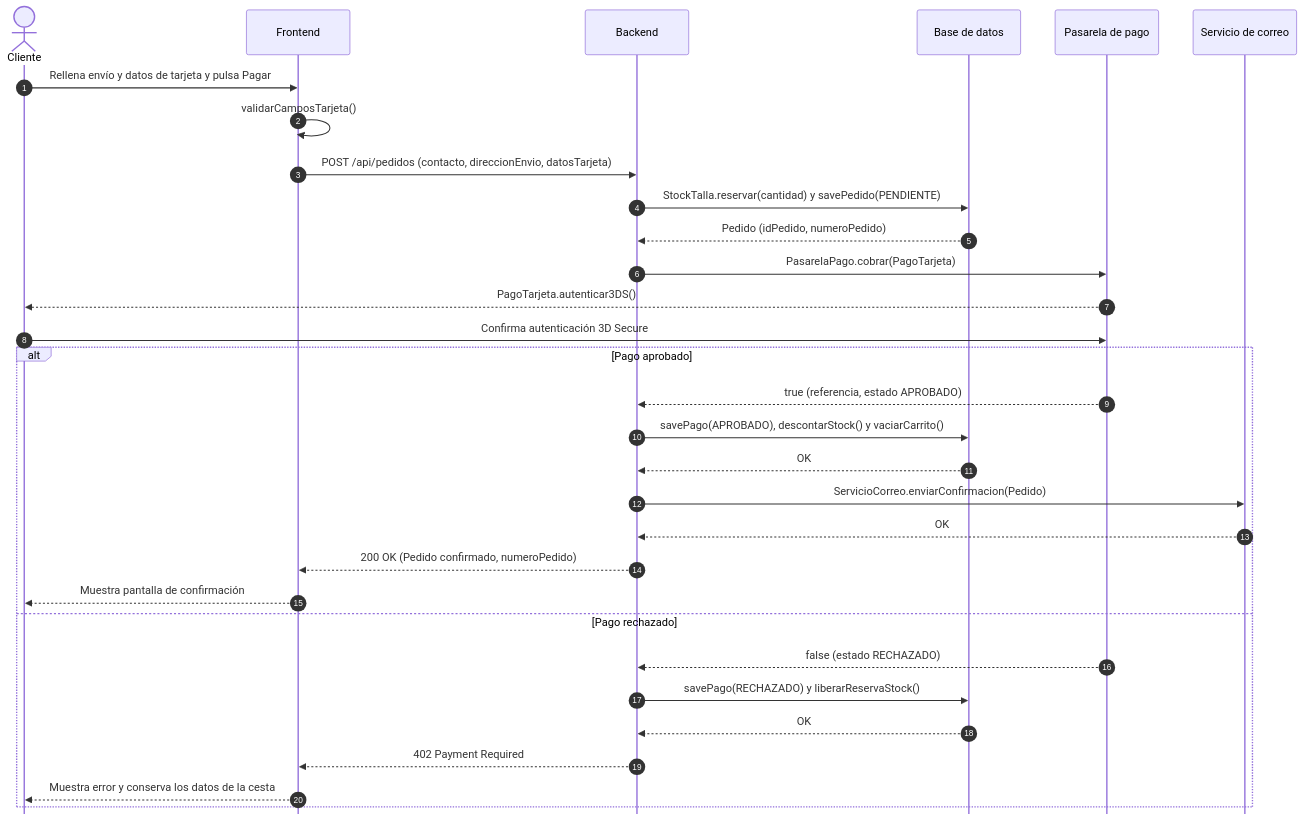
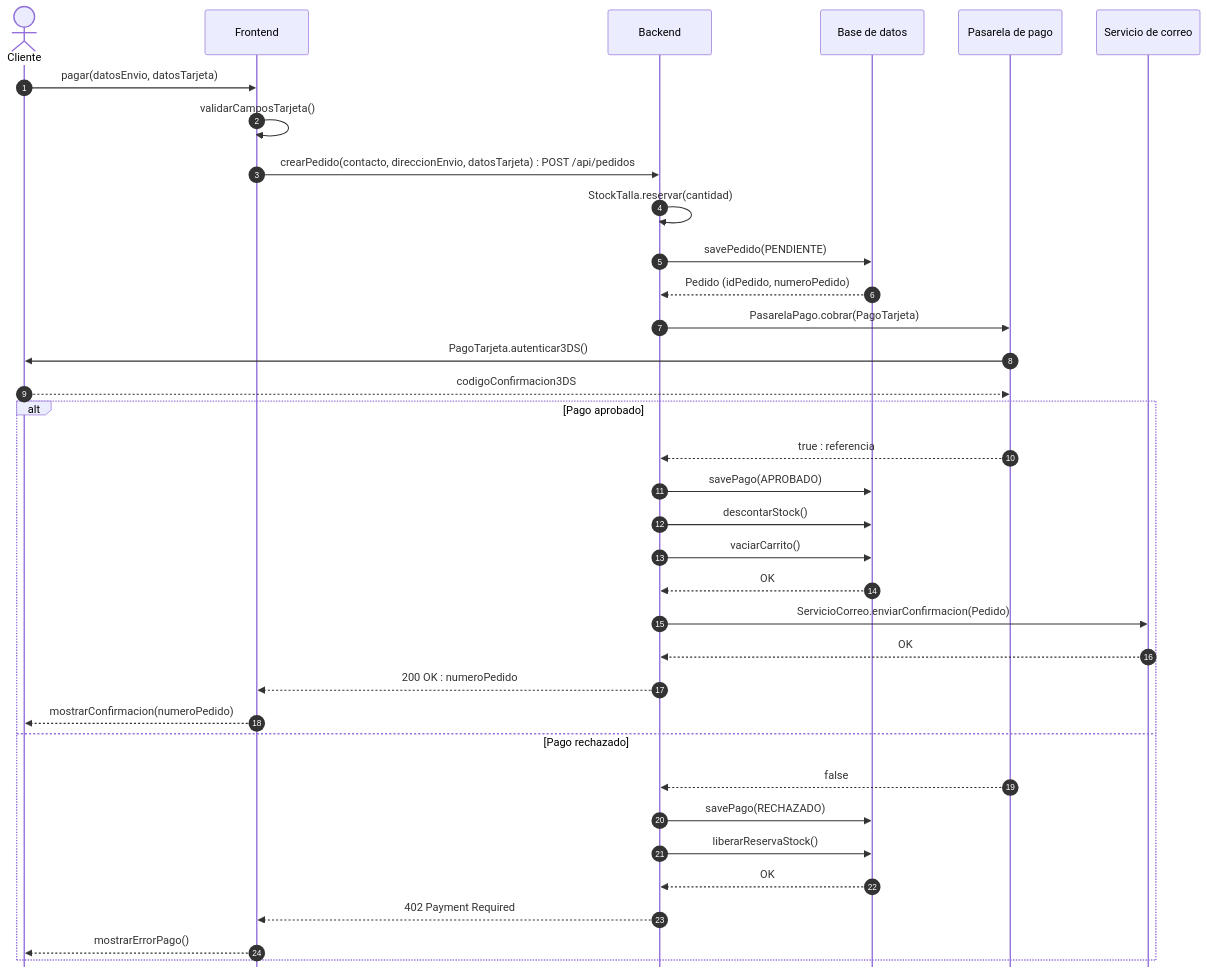
The diagram in Practica3_G11_LaTeX/codigo/sec_us04.mmd (ajgarciarias10/PR3GPS), drawn with Mermaid before and after one commit. The commit also changed 22 other files, not shown here.

First line of the commit message:
fix(bloque3): diagramas de secuencia con nombres de métodos en lugar de frases

```diff
--- a/Practica3_G11_LaTeX/codigo/sec_us04.mmd
+++ b/Practica3_G11_LaTeX/codigo/sec_us04.mmd
@@ -1,32 +1,36 @@
 %%{init: {'sequence': {'mirrorActors': false}}}%%
 sequenceDiagram
     autonumber
     actor U as Cliente
     participant FE as Frontend
     participant BE as Backend
     participant DB as Base de datos
     participant PG as Pasarela de pago
     participant CO as Servicio de correo
-    U->>FE: Rellena envío y datos de tarjeta y pulsa Pagar
+    U->>FE: pagar(datosEnvio, datosTarjeta)
     FE->>FE: validarCamposTarjeta()
-    FE->>BE: POST /api/pedidos (contacto, direccionEnvio, datosTarjeta)
-    BE->>DB: StockTalla.reservar(cantidad) y savePedido(PENDIENTE)
+    FE->>BE: crearPedido(contacto, direccionEnvio, datosTarjeta) : POST /api/pedidos
+    BE->>BE: StockTalla.reservar(cantidad)
+    BE->>DB: savePedido(PENDIENTE)
     DB-->>BE: Pedido (idPedido, numeroPedido)
     BE->>PG: PasarelaPago.cobrar(PagoTarjeta)
-    PG-->>U: PagoTarjeta.autenticar3DS()
-    U->>PG: Confirma autenticación 3D Secure
+    PG->>U: PagoTarjeta.autenticar3DS()
+    U-->>PG: codigoConfirmacion3DS
     alt Pago aprobado
-        PG-->>BE: true (referencia, estado APROBADO)
-        BE->>DB: savePago(APROBADO), descontarStock() y vaciarCarrito()
+        PG-->>BE: true : referencia
+        BE->>DB: savePago(APROBADO)
+        BE->>DB: descontarStock()
+        BE->>DB: vaciarCarrito()
         DB-->>BE: OK
         BE->>CO: ServicioCorreo.enviarConfirmacion(Pedido)
         CO-->>BE: OK
-        BE-->>FE: 200 OK (Pedido confirmado, numeroPedido)
-        FE-->>U: Muestra pantalla de confirmación
+        BE-->>FE: 200 OK : numeroPedido
+        FE-->>U: mostrarConfirmacion(numeroPedido)
     else Pago rechazado
-        PG-->>BE: false (estado RECHAZADO)
-        BE->>DB: savePago(RECHAZADO) y liberarReservaStock()
+        PG-->>BE: false
+        BE->>DB: savePago(RECHAZADO)
+        BE->>DB: liberarReservaStock()
         DB-->>BE: OK
         BE-->>FE: 402 Payment Required
-        FE-->>U: Muestra error y conserva los datos de la cesta
+        FE-->>U: mostrarErrorPago()
     end
```
